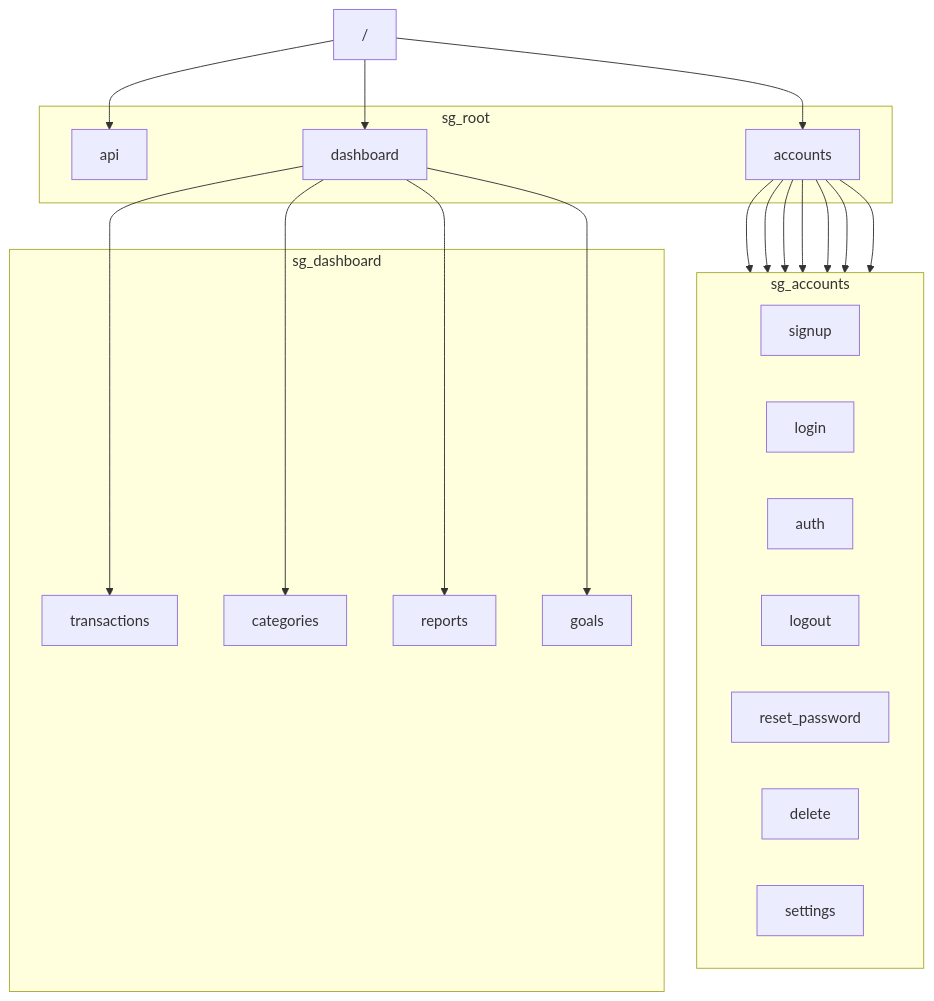
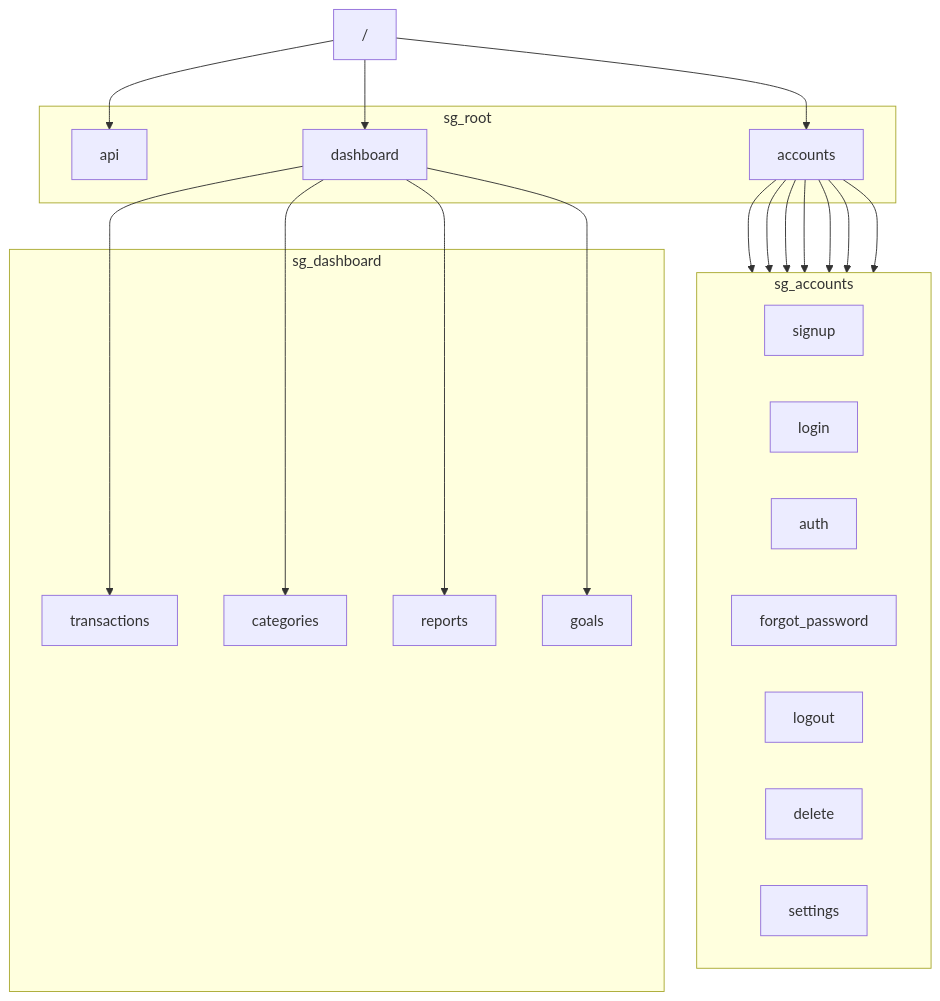
One commit to familycrest/personal-finance-tracker changed the diagram in docs/Sitemap.md. Above: the diagram before and after it, drawn with Mermaid.

Commit message:
Update Sitemap.md
clearer names

````diff
--- a/docs/Sitemap.md
+++ b/docs/Sitemap.md
@@ -3,39 +3,39 @@
 ```mermaid
 graph TD
     root["/"]
     subgraph sg_root
         api
         accounts
         dashboard
     end
     
     root --> api
     root --> accounts
     root --> dashboard
 
     subgraph sg_accounts
         direction LR
         signup
         login
         auth
+        forgot_password
         logout
-        reset_password
         delete
         settings
     end
 
     accounts --> signup
     accounts --> login
     accounts --> auth
     accounts --> logout
-    accounts --> reset_password
+    accounts --> forgot_password
     accounts --> delete
     accounts --> settings
 
     subgraph sg_dashboard
         dashboard --> transactions
         dashboard --> categories
         dashboard --> reports
         dashboard --> goals
     end
 ```
````
